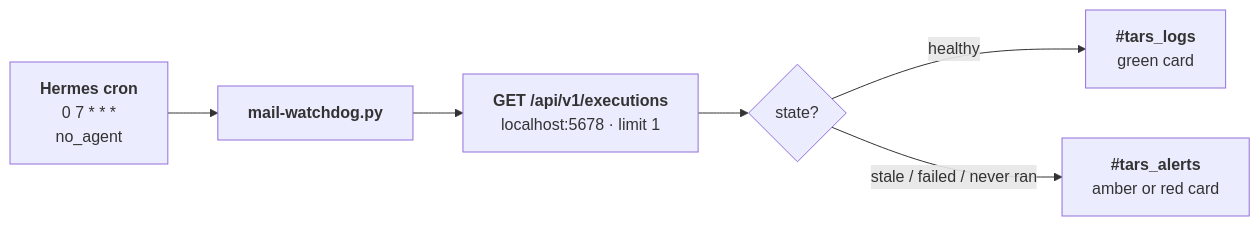
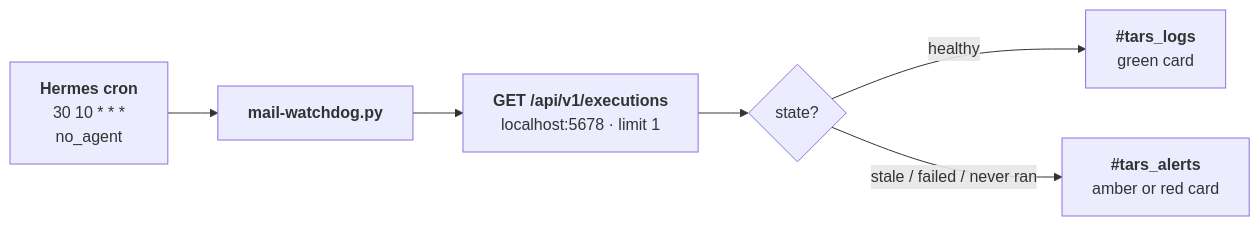
Before and after one commit to zeltraxion/automation-stack: the diagram in docs/mail_watchdog.md, drawn with Mermaid. The commit also changed other lines of this file and 2 other files, not shown here.

````diff
--- a/docs/mail_watchdog.md
+++ b/docs/mail_watchdog.md
@@ -39,12 +39,12 @@
 ```mermaid
 flowchart LR
-    C["<b>Hermes cron</b><br/>0 7 * * *<br/>no_agent"]
+    C["<b>Hermes cron</b><br/>30 10 * * *<br/>no_agent"]
     S["<b>mail-watchdog.py</b>"]
     A["<b>GET /api/v1/executions</b><br/>localhost:5678 · limit 1"]
     D{"state?"}
     L["<b>#tars_logs</b><br/>green card"]
     X["<b>#tars_alerts</b><br/>amber or red card"]
     C --> S --> A --> D
     D -->|healthy| L
     D -->|stale / failed / never ran| X
 ```
````
